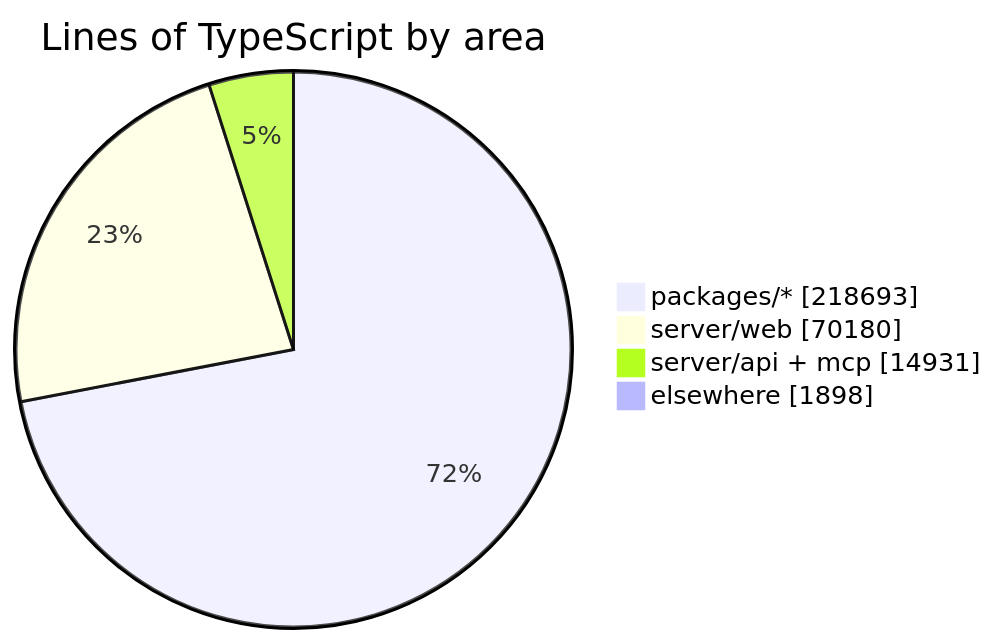
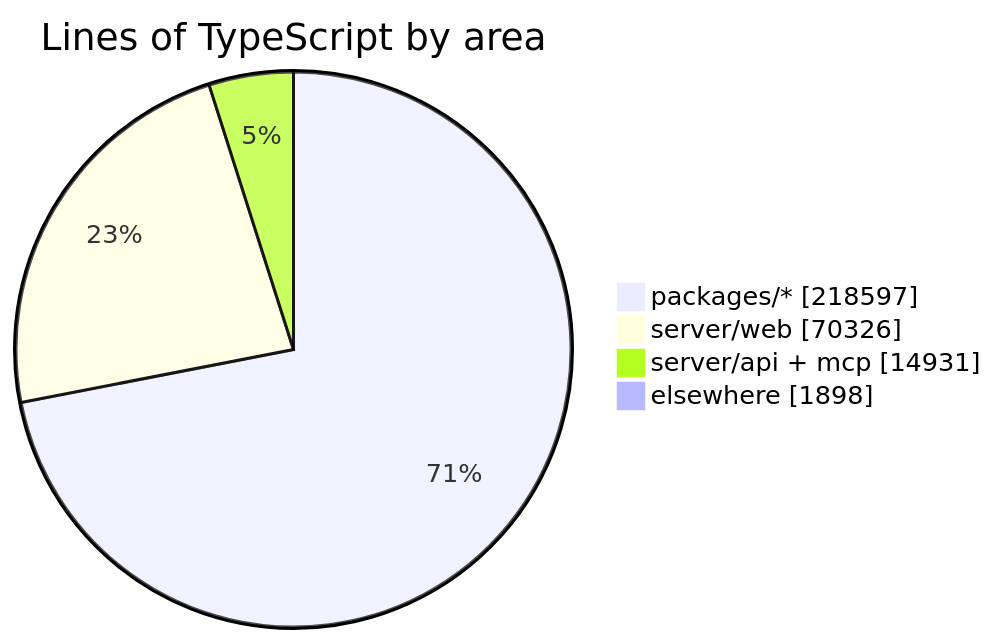
The diagram in README.md (crossworks-engineering/mantle), drawn with Mermaid before and after one commit. The commit also changed other lines of this file and 2 other files, not shown here.

````diff
--- a/README.md
+++ b/README.md
@@ -287,7 +287,7 @@
 ```mermaid
 pie showData title Lines of TypeScript by area
-    "packages/*" : 218693
-    "server/web" : 70180
+    "packages/*" : 218597
+    "server/web" : 70326
     "server/api + mcp" : 14931
     "elsewhere" : 1898
 ```
````
